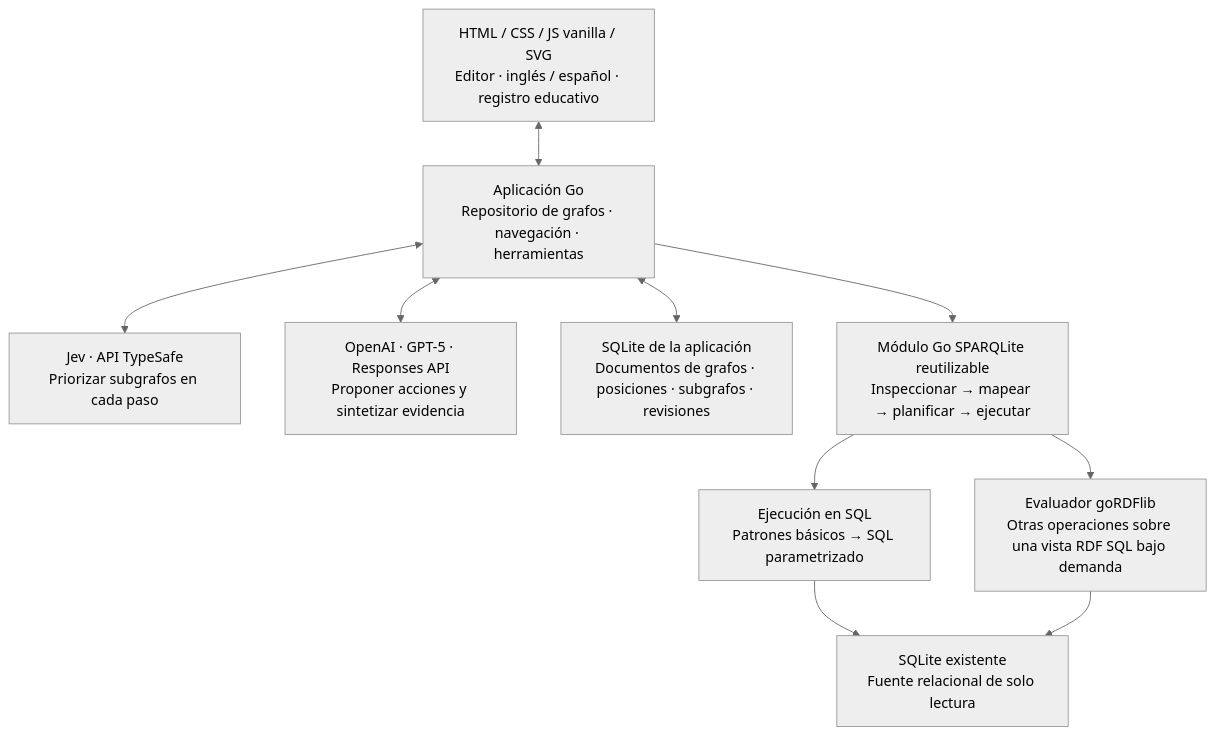
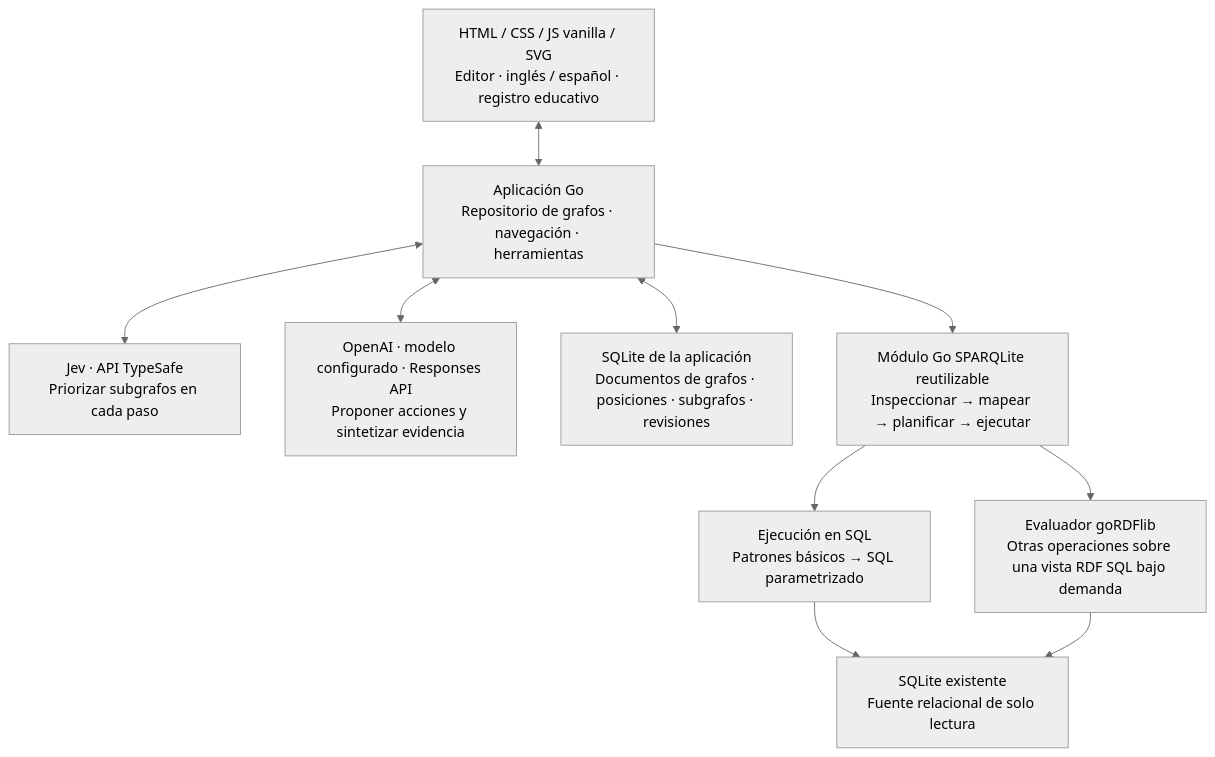
Before and after one commit to arturoeanton/go-r2-SPINACH: the diagram in README.es.md, drawn with Mermaid (neutral theme). The commit also changed other lines of this file and 5 other files, not shown here.

````diff
--- a/README.es.md
+++ b/README.es.md
@@ -210,19 +236,19 @@
 ```mermaid
 flowchart TD
   Browser["HTML / CSS / JS vanilla / SVG\nEditor · inglés / español · registro educativo"]
   Lab["Aplicación Go\nRepositorio de grafos · navegación · herramientas"]
   Jev["Jev · API TypeSafe\nPriorizar subgrafos en cada paso"]
-  OpenAI["OpenAI · GPT-5 · Responses API\nProponer acciones y sintetizar evidencia"]
+  OpenAI["OpenAI · modelo configurado · Responses API\nProponer acciones y sintetizar evidencia"]
   Repo["SQLite de la aplicación\nDocumentos de grafos · posiciones · subgrafos · revisiones"]
   Gateway["Módulo Go SPARQLite reutilizable\nInspeccionar → mapear → planificar → ejecutar"]
   Source["SQLite existente\nFuente relacional de solo lectura"]
   SQL["Ejecución en SQL\nPatrones básicos → SQL parametrizado"]
   Eval["Evaluador goRDFlib\nOtras operaciones sobre una vista RDF SQL bajo demanda"]
   Browser <--> Lab
   Lab <--> Jev
   Lab <--> OpenAI
   Lab <--> Repo
   Lab --> Gateway
   Gateway --> SQL --> Source
   Gateway --> Eval --> Source
 ```
````
